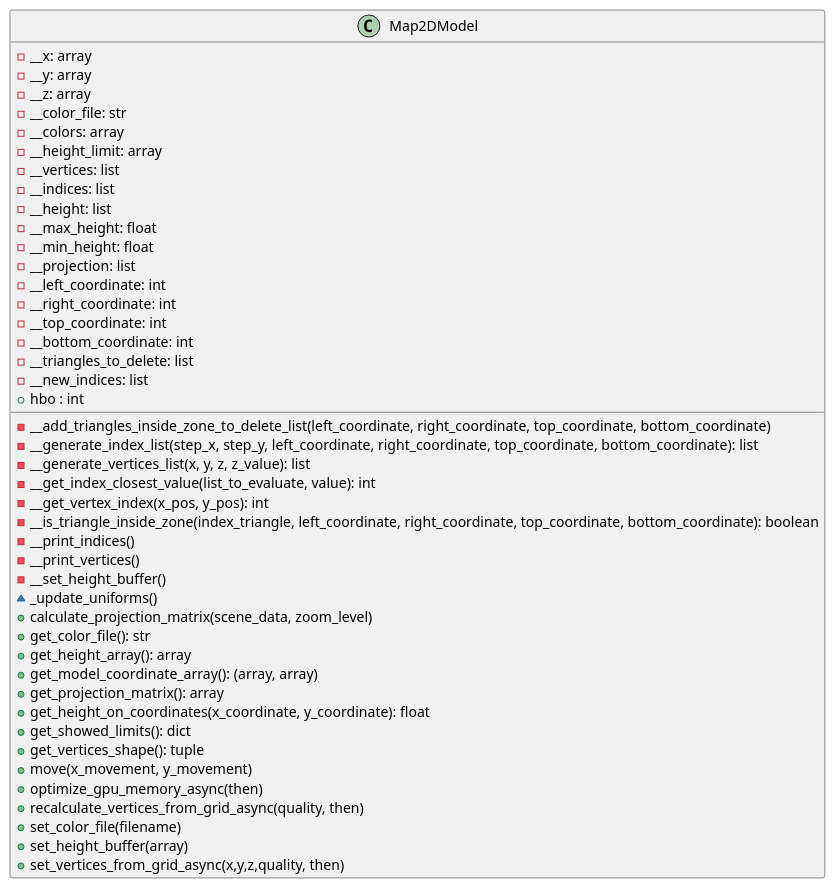
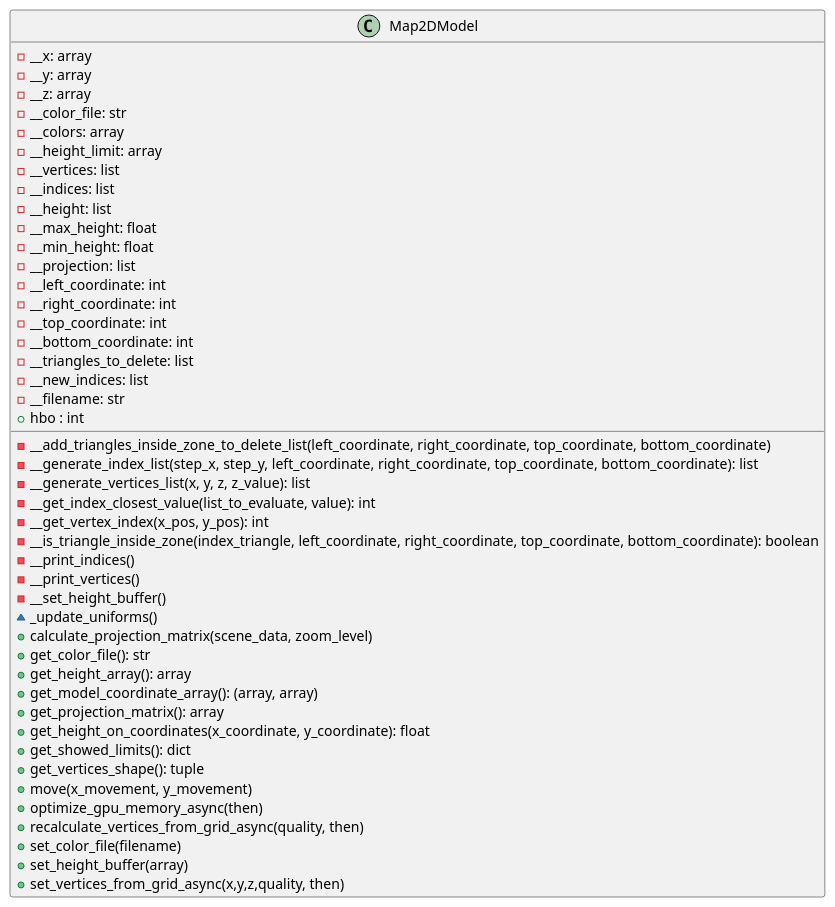
One commit to ferpoble2/Relief_Creator changed the diagram in docs/classes/Map2DModel.puml. Above: the diagram before and after it, drawn with PlantUML.

Commit message:
Updated documentation of Map2DModel.puml.

```diff
--- a/docs/classes/Map2DModel.puml
+++ b/docs/classes/Map2DModel.puml
@@ -1,50 +1,51 @@
 @startuml
                 class Map2DModel {
                     - __x: array
                     - __y: array
                     - __z: array
                     - __color_file: str
                     - __colors: array
                     - __height_limit: array
                     - __vertices: list
                     - __indices: list
                     - __height: list
                     - __max_height: float
                     - __min_height: float
                     - __projection: list
                     - __left_coordinate: int
                     - __right_coordinate: int
                     - __top_coordinate: int
                     - __bottom_coordinate: int
                     - __triangles_to_delete: list
                     - __new_indices: list
+                    - __filename: str
                     + hbo : int
 
 
                     - __add_triangles_inside_zone_to_delete_list(left_coordinate, right_coordinate, top_coordinate, bottom_coordinate)
                     - __generate_index_list(step_x, step_y, left_coordinate, right_coordinate, top_coordinate, bottom_coordinate): list
                     - __generate_vertices_list(x, y, z, z_value): list
                     - __get_index_closest_value(list_to_evaluate, value): int
                     - __get_vertex_index(x_pos, y_pos): int
                     - __is_triangle_inside_zone(index_triangle, left_coordinate, right_coordinate, top_coordinate, bottom_coordinate): boolean
                     - __print_indices()
                     - __print_vertices()
                     - __set_height_buffer()
                     ~ _update_uniforms()
                     + calculate_projection_matrix(scene_data, zoom_level)
                     + get_color_file(): str
                     + get_height_array(): array
                     + get_model_coordinate_array(): (array, array)
                     + get_projection_matrix(): array
                     + get_height_on_coordinates(x_coordinate, y_coordinate): float
                     + get_showed_limits(): dict
                     + get_vertices_shape(): tuple
                     + move(x_movement, y_movement)
                     + optimize_gpu_memory_async(then)
                     + recalculate_vertices_from_grid_async(quality, then)
                     + set_color_file(filename)
                     + set_height_buffer(array)
                     + set_vertices_from_grid_async(x,y,z,quality, then)
 
                 }
 @enduml
```
